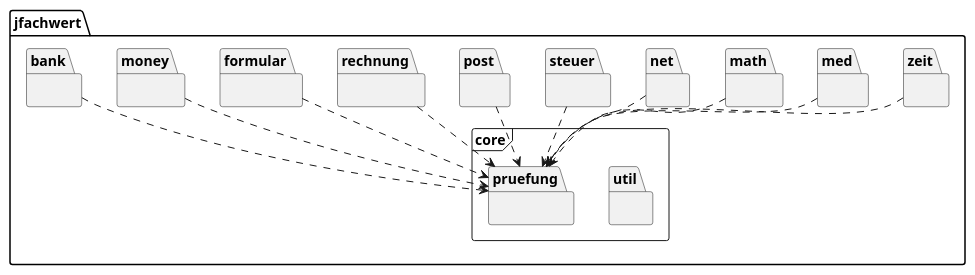
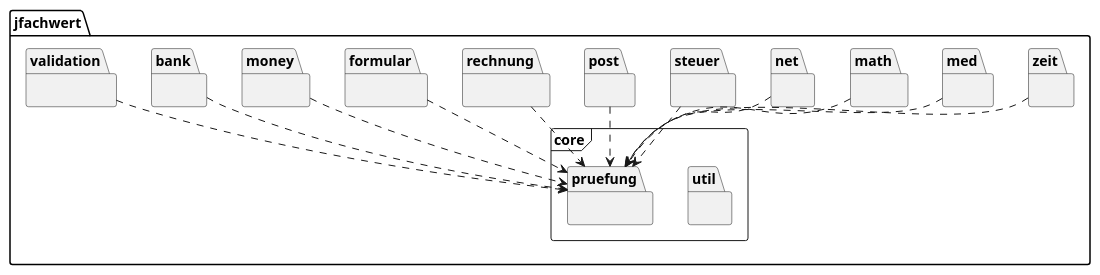
One commit to oboehm/jfachwert changed the diagram in src/main/asciidoc/images/packages.puml. Above: the diagram before and after it, drawn with PlantUML. The commit also changed 6 other files, not shown here.

```diff
--- a/src/main/asciidoc/images/packages.puml
+++ b/src/main/asciidoc/images/packages.puml
@@ -1,55 +1,59 @@
 @startuml
 
 package "jfachwert" {
 
     package "zeit" {
     }
 
     package "med" {
     }
 
     package "math" {
     }
 
     package "net" {
     }
 
     package "steuer" {
     }
 
     package "post" {
     }
 
     package "rechnung" {
     }
 
     package "formular" {
     }
 
     package "money" {
     }
 
     package "bank" {
     }
 
+    package "validation" {
+    }
+
     frame "core" {
         package "util" {
         }
         package "pruefung" {
         }
     }
 
     bank ..> pruefung
     money ..> pruefung
     formular ..> pruefung
     steuer ..> pruefung
     post ..> pruefung
     rechnung ..> pruefung
     net ..> pruefung
     med ..> pruefung
     math ..> pruefung
     zeit ..> pruefung
+    validation ..> pruefung
 
 }
 
 @enduml
```
